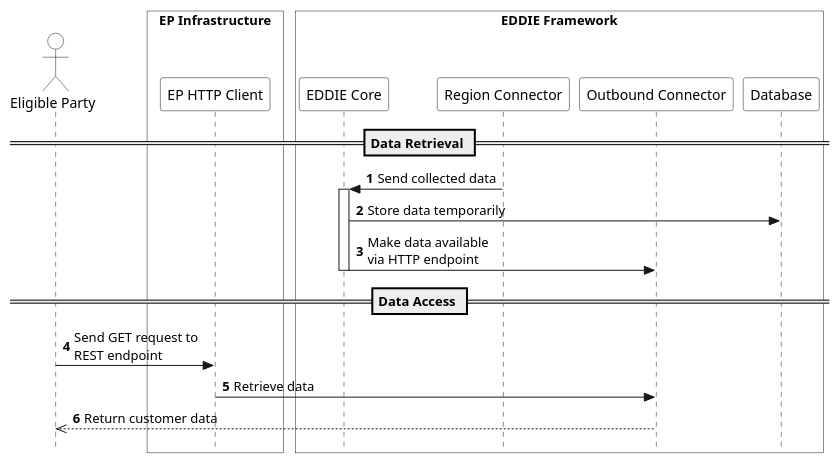
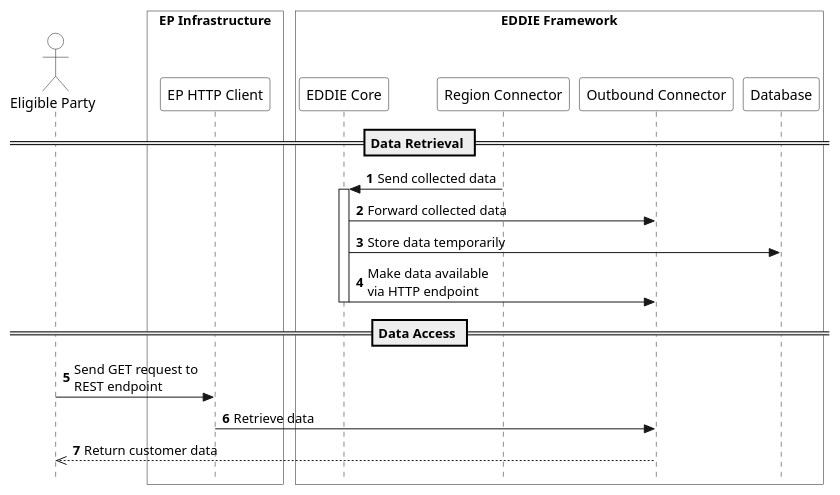
One commit to eddie-energy/architecture changed the diagram in arc42/eddie-framework/runtime-view/figures/eddie-framework-collect-data-http.puml. Above: the diagram before and after it, drawn with PlantUML. The commit also changed 2 other files, not shown here.

```diff
--- a/arc42/eddie-framework/runtime-view/figures/eddie-framework-collect-data-http.puml
+++ b/arc42/eddie-framework/runtime-view/figures/eddie-framework-collect-data-http.puml
@@ -1,37 +1,38 @@
 @startuml eddie-framework-collect-data-http
 
 skinparam style strictuml
 skinparam sequence {
   ParticipantBackgroundColor transparent
   ActorBackgroundColor transparent
 }
 
 autonumber
 !pragma teoz true
 
 actor "Eligible Party" as ep
 
 box "EP Infrastructure" #transparent
   participant "EP HTTP Client" as httpClient
 end box
 
 box "EDDIE Framework" #transparent
   participant "EDDIE Core" as eddie
   participant "Region Connector" as rc
   participant "Outbound Connector" as restOC
   participant "Database" as db
 end box
 
 == Data Retrieval ==
 rc -> eddie : Send collected data
 activate eddie
+eddie -> restOC : Forward collected data
 eddie -> db : Store data temporarily
 eddie -> restOC : Make data available\nvia HTTP endpoint
 deactivate eddie
 
 == Data Access ==
 ep -> httpClient : Send GET request to\nREST endpoint
 httpClient -> restOC : Retrieve data
 restOC -->> ep : Return customer data
 
 @enduml
```
